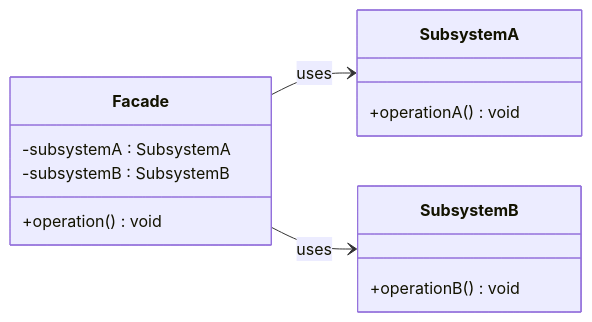
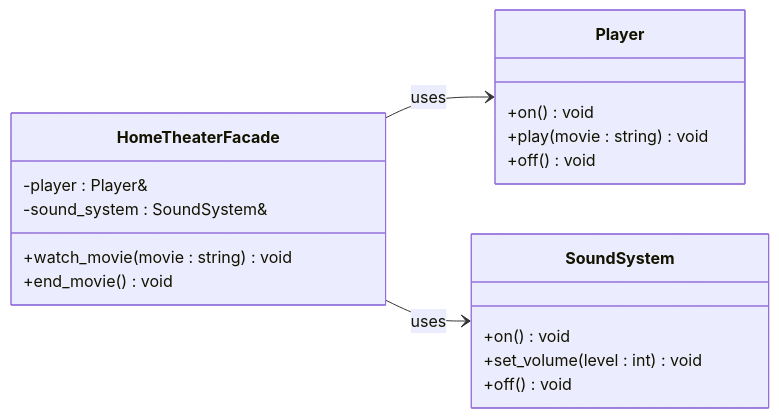
One commit to bbogush/cpp_knowledge_base changed the diagram in src/design_patterns/facade/README.md. Above: the diagram before and after it, drawn with Mermaid. The commit also changed other lines of this file and 12 other files, not shown here.

````diff
--- a/src/design_patterns/facade/README.md
+++ b/src/design_patterns/facade/README.md
@@ -46,21 +46,26 @@
 ```mermaid
 classDiagram
     direction LR
 
-    class Facade {
-        -subsystemA : SubsystemA
-        -subsystemB : SubsystemB
-        +operation() void
+    class HomeTheaterFacade {
+        -player : Player&
+        -sound_system : SoundSystem&
+        +watch_movie(movie : string) void
+        +end_movie() void
     }
 
-    class SubsystemA {
-        +operationA() void
+    class Player {
+        +on() void
+        +play(movie : string) void
+        +off() void
     }
 
-    class SubsystemB {
-        +operationB() void
+    class SoundSystem {
+        +on() void
+        +set_volume(level : int) void
+        +off() void
     }
 
-    Facade --> SubsystemA : uses
-    Facade --> SubsystemB : uses
+    HomeTheaterFacade --> Player : uses
+    HomeTheaterFacade --> SoundSystem : uses
 ```
````
